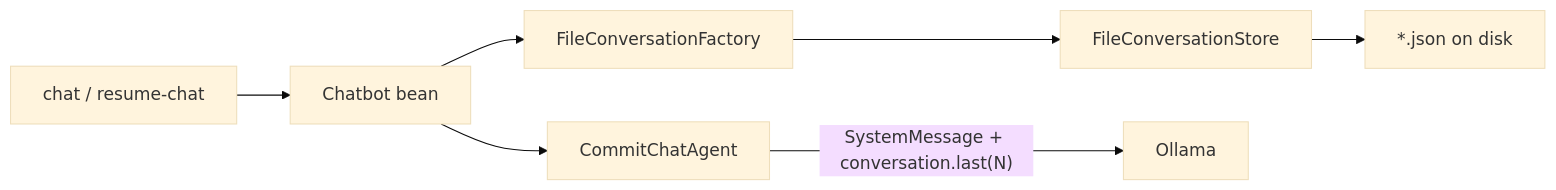
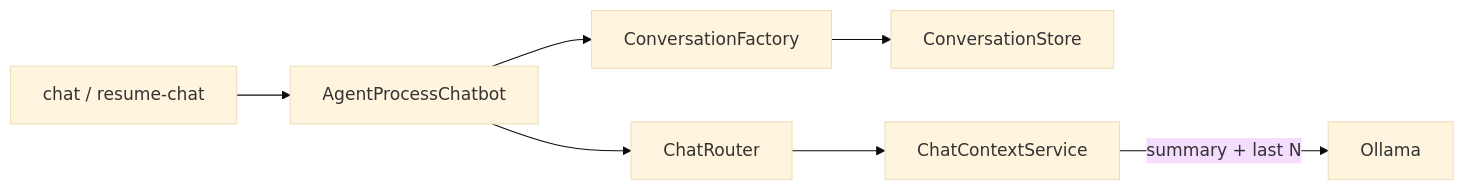
The diagram in TUTORIAL-MEMORY.md (pbego/simple-embable-demo), drawn with Mermaid (base theme) before and after one commit. The commit also changed other lines of this file and 38 other files, not shown here.

````diff
--- a/TUTORIAL-MEMORY.md
+++ b/TUTORIAL-MEMORY.md
@@ -106,16 +102,16 @@
 ```mermaid
 flowchart LR
   chatCmd["chat / resume-chat"]
-  Chatbot["Chatbot bean"]
-  Factory["FileConversationFactory"]
-  Store["FileConversationStore"]
-  Disk["*.json on disk"]
-  Agent["CommitChatAgent"]
+  Chatbot["AgentProcessChatbot"]
+  Factory["ConversationFactory"]
+  Store["ConversationStore"]
+  Router["ChatRouter"]
+  Ctx["ChatContextService"]
 
   chatCmd --> Chatbot
   Chatbot --> Factory
   Factory --> Store
-  Store --> Disk
-  Chatbot --> Agent
-  Agent -->|"SystemMessage + conversation.last(N)"| LLM[Ollama]
+  Chatbot --> Router
+  Router --> Ctx
+  Ctx -->|"summary + last N"| LLM[Ollama]
 ```
````
